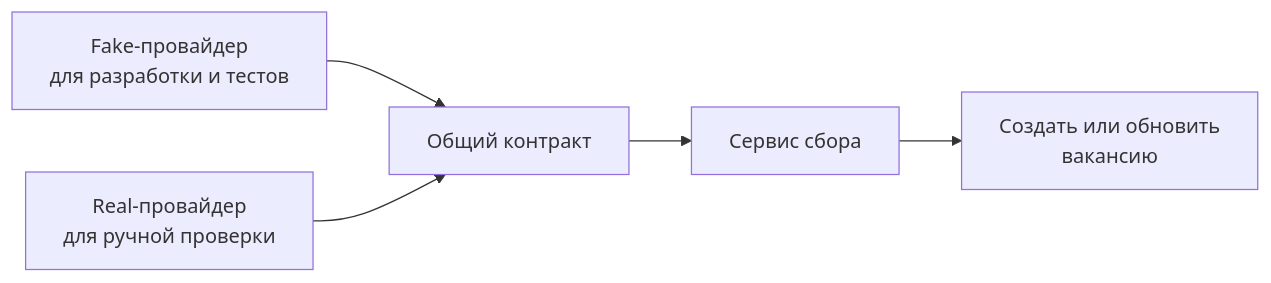
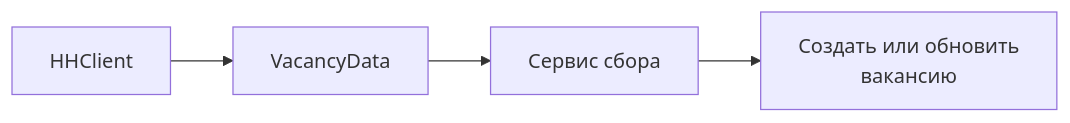
Before and after one commit to StormHuracan/job-aggregator: the fifth of 7 diagrams in docs/implementation-roadmap.md, drawn with Mermaid. The commit also changed other lines of this file and 1 other file, not shown here.

````diff
--- a/docs/implementation-roadmap.md
+++ b/docs/implementation-roadmap.md
@@ -137,12 +139,9 @@
 ```mermaid
 flowchart LR
-    Fake[Fake-провайдер\nдля разработки и тестов]
-    Real[Real-провайдер\nдля ручной проверки]
-    Contract[Общий контракт]
+    Client[HHClient]
+    DTO[VacancyData]
     Collection[Сервис сбора]
     Upsert[Создать или обновить\nвакансию]
 
-    Fake --> Contract
-    Real --> Contract
-    Contract --> Collection --> Upsert
+    Client --> DTO --> Collection --> Upsert
 ```
````
